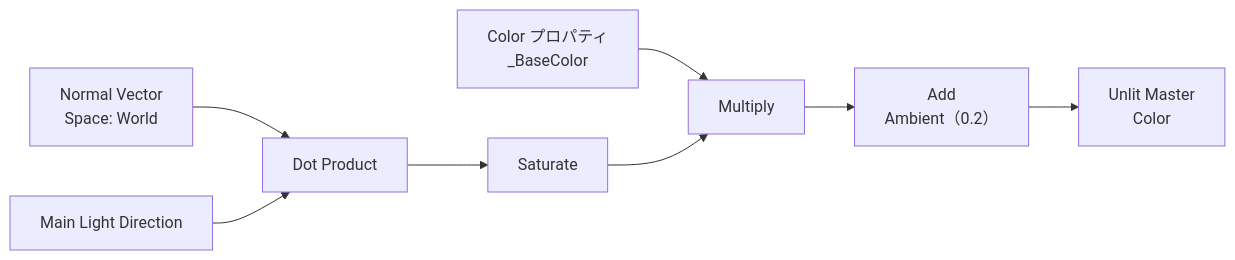
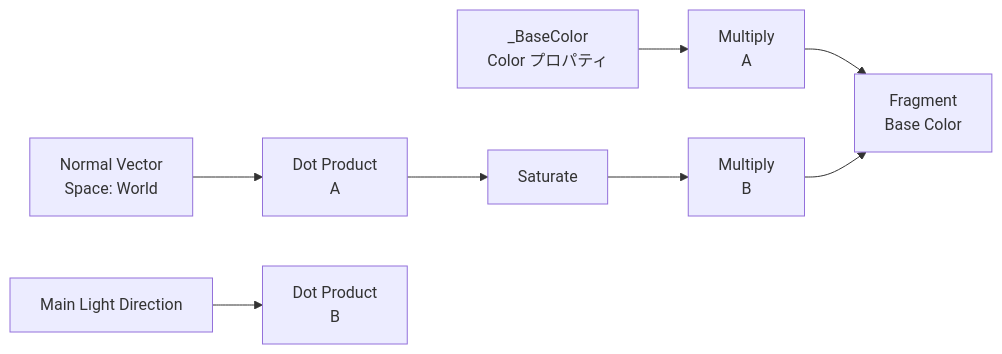
The sixth of 7 diagrams in Docs/Chapter09.md (jshimura-DAS/URP_ShaderProgramming2), drawn with Mermaid before and after one commit. The commit also changed other lines of this file and 7 other files, not shown here.

Commit message:
09 graph

````diff
--- a/Docs/Chapter09.md
+++ b/Docs/Chapter09.md
@@ -592,10 +629,10 @@
 ```mermaid
 flowchart LR
-    N["Normal Vector<br/>Space: World"] --> D["Dot Product"]
-    L["Main Light Direction"] --> D
+    N["Normal Vector<br/>Space: World"] --> D["Dot Product<br/>A"]
+    L["Main Light Direction"] --> D2["Dot Product<br/>B"]
     D --> S["Saturate"]
-    C["Color プロパティ<br/>_BaseColor"] --> M["Multiply"]
-    S --> M
-    M --> A["Add<br/>Ambient（0.2）"]
-    A --> O["Unlit Master<br/>Color"]
+    S --> M["Multiply<br/>B"]
+    C["_BaseColor<br/>Color プロパティ"] --> M2["Multiply<br/>A"]
+    M2 --> O["Fragment<br/>Base Color"]
+    M --> O
 ```
````
